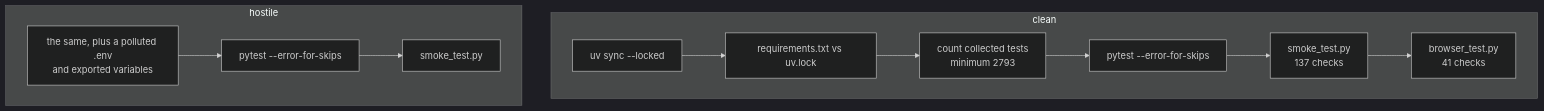
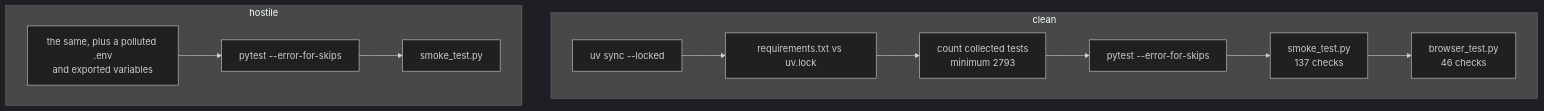
Before and after one commit to IAMN1/link-shortener: the diagram in docs/testing.md, drawn with Mermaid (dark theme). The commit also changed other lines of this file and 15 other files, not shown here.

````diff
--- a/docs/testing.md
+++ b/docs/testing.md
@@ -399,12 +399,12 @@
 ```mermaid
 flowchart TD
     subgraph clean["clean"]
         C1[uv sync --locked] --> C2[requirements.txt vs uv.lock]
         C2 --> C3[count collected tests<br/>minimum 2793] --> C4[pytest --error-for-skips]
-        C4 --> C5[smoke_test.py<br/>137 checks] --> C6[browser_test.py<br/>41 checks]
+        C4 --> C5[smoke_test.py<br/>137 checks] --> C6[browser_test.py<br/>46 checks]
     end
     subgraph hostile["hostile"]
         H1[the same, plus a polluted .env<br/>and exported variables] --> H2[pytest --error-for-skips]
         H2 --> H3[smoke_test.py]
     end
 ```
````
